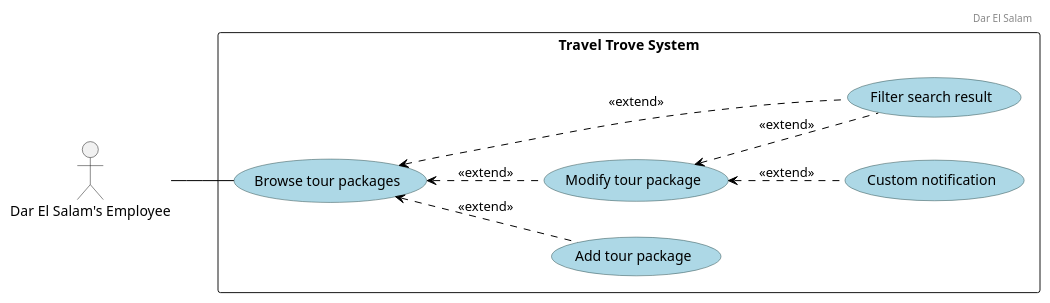
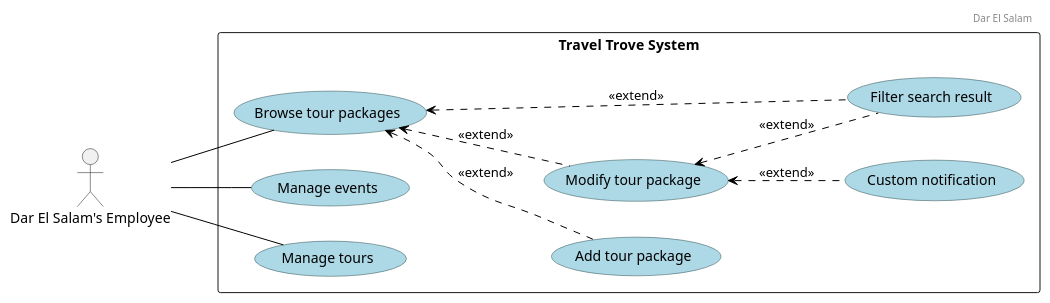
Before and after one commit to Hares-2088/TravelTrove: the diagram in diagrams/use cases/Employee.puml, drawn with PlantUML. The commit also changed 1 other file, not shown here.

Commit message:
Edited Admin and Employee use cases

```diff
--- a/diagrams/use cases/Employee.puml
+++ b/diagrams/use cases/Employee.puml
@@ -1,38 +1,42 @@
 @startuml
 left to right direction
 
 ' Add a header with left alignment
 header
 Dar El Salam
 endheader
 
 ' Custom skin parameters for use cases
 skinparam usecase {
     BackgroundColor lightblue
     BorderColor DarkSlateGray
     ArrowColor Black
 }
 
 actor "Dar El Salam's Employee" as Employee
 
 rectangle "Travel Trove System" {
 
     usecase "Browse tour packages"
     usecase "Add tour package"
     usecase "Modify tour package"
     usecase "Filter search result"
     usecase "Custom notification"
+    usecase "Manage events"
+    usecase "Manage tours"
 
 }
 Employee -- "Browse tour packages"
+Employee -- "Manage events"
+Employee -- "Manage tours"
 "Browse tour packages" <.. "Filter search result" : <<extend>>
 "Browse tour packages" <.. "Add tour package" : <<extend>>
 "Browse tour packages" <.. "Modify tour package" : <<extend>>
 "Modify tour package" <.. "Custom notification" : <<extend>>
 "Modify tour package" <.. "Filter search result" : <<extend>>
 
 
 
 
 
 @enduml
```
